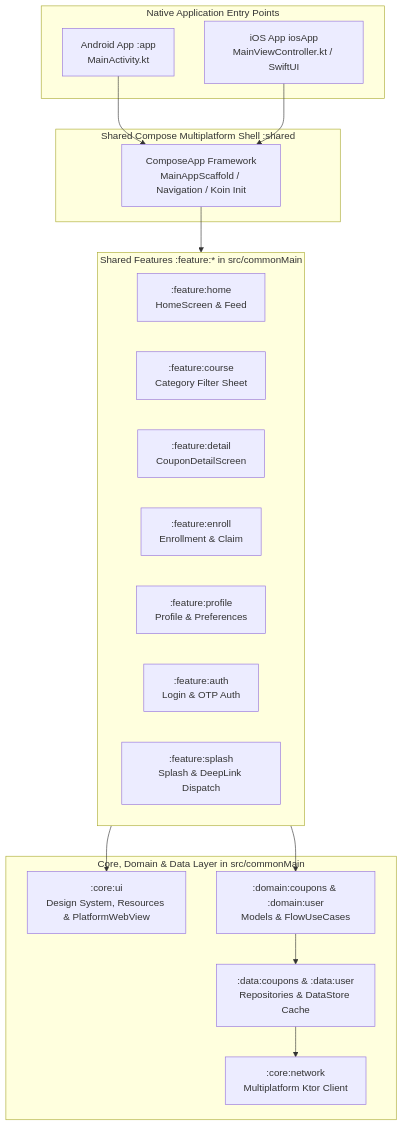
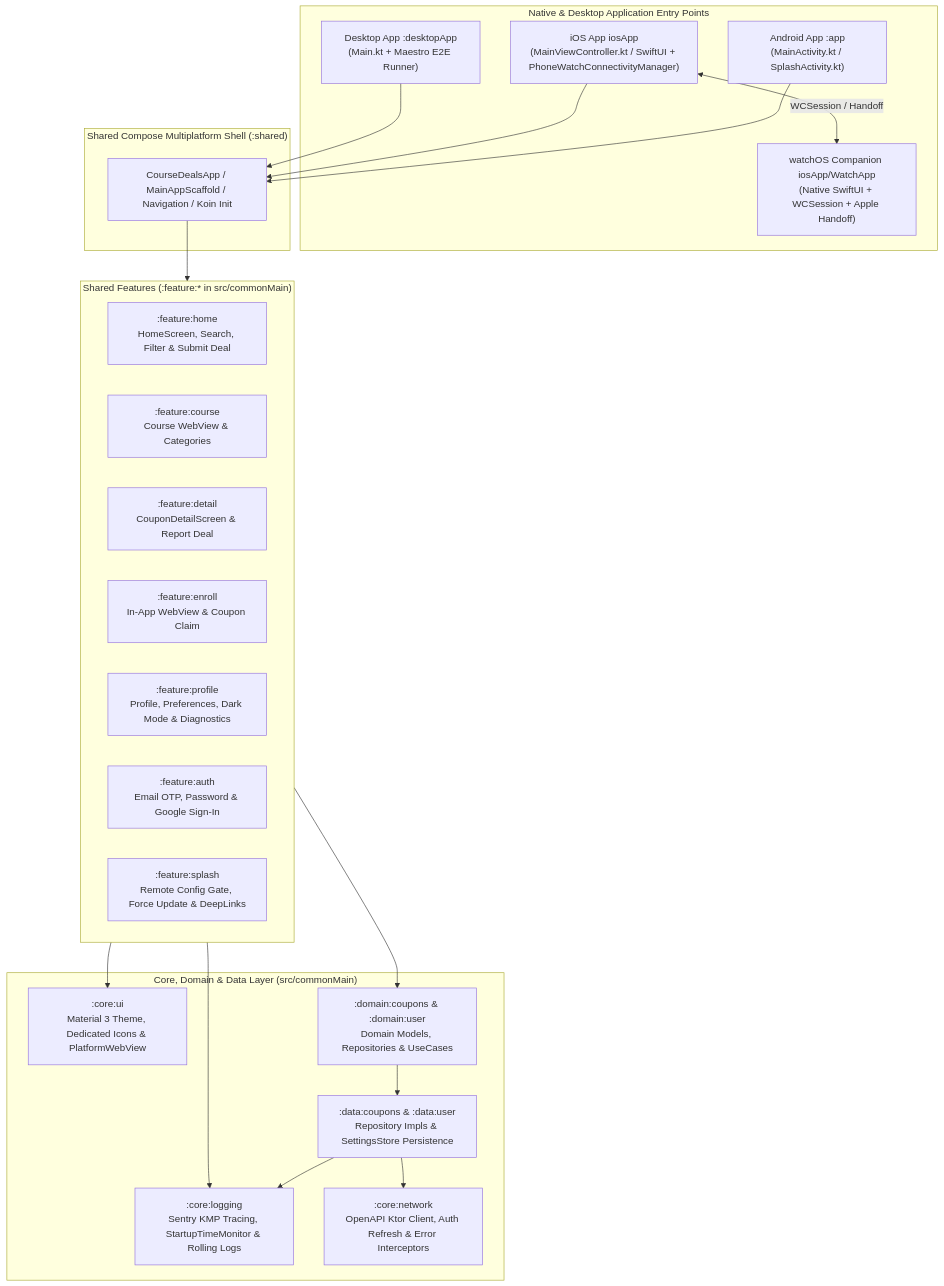
The diagram in README.md (Huythanh0x/course_deals_ComposeMultiplatform), drawn with Mermaid before and after one commit. The commit also changed other lines of this file and 18 other files, not shown here.

````diff
--- a/README.md
+++ b/README.md
@@ -11,36 +17,43 @@
 ```mermaid
 flowchart TD
-    subgraph Clients [Native Application Entry Points]
-        Android[Android App :app\nMainActivity.kt]
-        iOS[iOS App iosApp\nMainViewController.kt / SwiftUI]
+    subgraph Clients ["Native & Desktop Application Entry Points"]
+        Android["Android App :app\n(MainActivity.kt / SplashActivity.kt)"]
+        iOS["iOS App iosApp\n(MainViewController.kt / SwiftUI + PhoneWatchConnectivityManager)"]
+        Watch["watchOS Companion iosApp/WatchApp\n(Native SwiftUI + WCSession + Apple Handoff)"]
+        Desktop["Desktop App :desktopApp\n(Main.kt + Maestro E2E Runner)"]
     end
 
-    subgraph Shared [Shared Compose Multiplatform Shell :shared]
-        ComposeApp[ComposeApp Framework\nMainAppScaffold / Navigation / Koin Init]
+    subgraph Shared ["Shared Compose Multiplatform Shell (:shared)"]
+        ComposeApp["CourseDealsApp / MainAppScaffold / Navigation / Koin Init"]
     end
 
-    subgraph Features [Shared Features :feature:* in src/commonMain]
-        Home[:feature:home\nHomeScreen & Feed]
-        Course[:feature:course\nCategory Filter Sheet]
-        Detail[:feature:detail\nCouponDetailScreen]
-        Enroll[:feature:enroll\nEnrollment & Claim]
-        Profile[:feature:profile\nProfile & Preferences]
-        Auth[:feature:auth\nLogin & OTP Auth]
-        Splash[:feature:splash\nSplash & DeepLink Dispatch]
+    subgraph Features ["Shared Features (:feature:* in src/commonMain)"]
+        Home[":feature:home\nHomeScreen, Search, Filter & Submit Deal"]
+        Course[":feature:course\nCourse WebView & Categories"]
+        Detail[":feature:detail\nCouponDetailScreen & Report Deal"]
+        Enroll[":feature:enroll\nIn-App WebView & Coupon Claim"]
+        Profile[":feature:profile\nProfile, Preferences, Dark Mode & Diagnostics"]
+        Auth[":feature:auth\nEmail OTP, Password & Google Sign-In"]
+        Splash[":feature:splash\nRemote Config Gate, Force Update & DeepLinks"]
     end
 
-    subgraph CoreDomain [Core, Domain & Data Layer in src/commonMain]
-        CoreUI[:core:ui\nDesign System, Resources & PlatformWebView]
-        Domain[:domain:coupons & :domain:user\nModels & FlowUseCases]
-        Data[:data:coupons & :data:user\nRepositories & DataStore Cache]
-        Network[:core:network\nMultiplatform Ktor Client]
+    subgraph CoreDomain ["Core, Domain & Data Layer (src/commonMain)"]
+        CoreUI[":core:ui\nMaterial 3 Theme, Dedicated Icons & PlatformWebView"]
+        CoreLogging[":core:logging\nSentry KMP Tracing, StartupTimeMonitor & Rolling Logs"]
+        Domain[":domain:coupons & :domain:user\nDomain Models, Repositories & UseCases"]
+        Data[":data:coupons & :data:user\nRepository Impls & SettingsStore Persistence"]
+        Network[":core:network\nOpenAPI Ktor Client, Auth Refresh & Error Interceptors"]
     end
 
     Android --> ComposeApp
     iOS --> ComposeApp
+    Desktop --> ComposeApp
+    iOS <-->|WCSession / Handoff| Watch
     ComposeApp --> Features
     Features --> CoreUI
+    Features --> CoreLogging
     Features --> Domain
     Domain --> Data
     Data --> Network
+    Data --> CoreLogging
 ```
````
